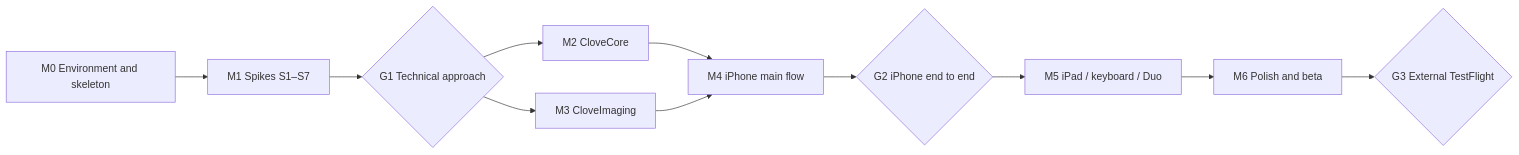
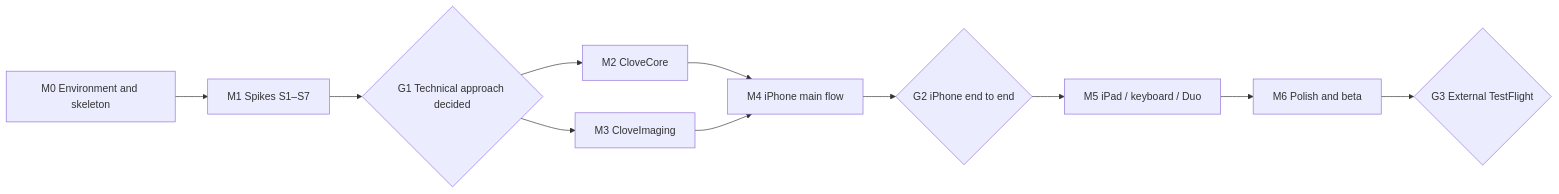
The diagram in docs/DEV-PLAN.md (mimiqdev/cloveapp), drawn with Mermaid before and after one commit. The commit also changed other lines of this file, not shown here.

````diff
--- a/docs/DEV-PLAN.md
+++ b/docs/DEV-PLAN.md
@@ -72,13 +72,13 @@
 ```mermaid
 graph LR
   T0[M0 Environment and skeleton] --> S[M1 Spikes S1–S7]
-  S --> G1{G1 Technical approach}
+  S --> G1{G1 Technical approach decided}
   G1 --> C[M2 CloveCore]
   G1 --> I[M3 CloveImaging]
   C --> U[M4 iPhone main flow]
   I --> U
   U --> G2{G2 iPhone end to end}
   G2 --> P[M5 iPad / keyboard / Duo]
   P --> Q[M6 Polish and beta]
   Q --> G3{G3 External TestFlight}
 ```
````
